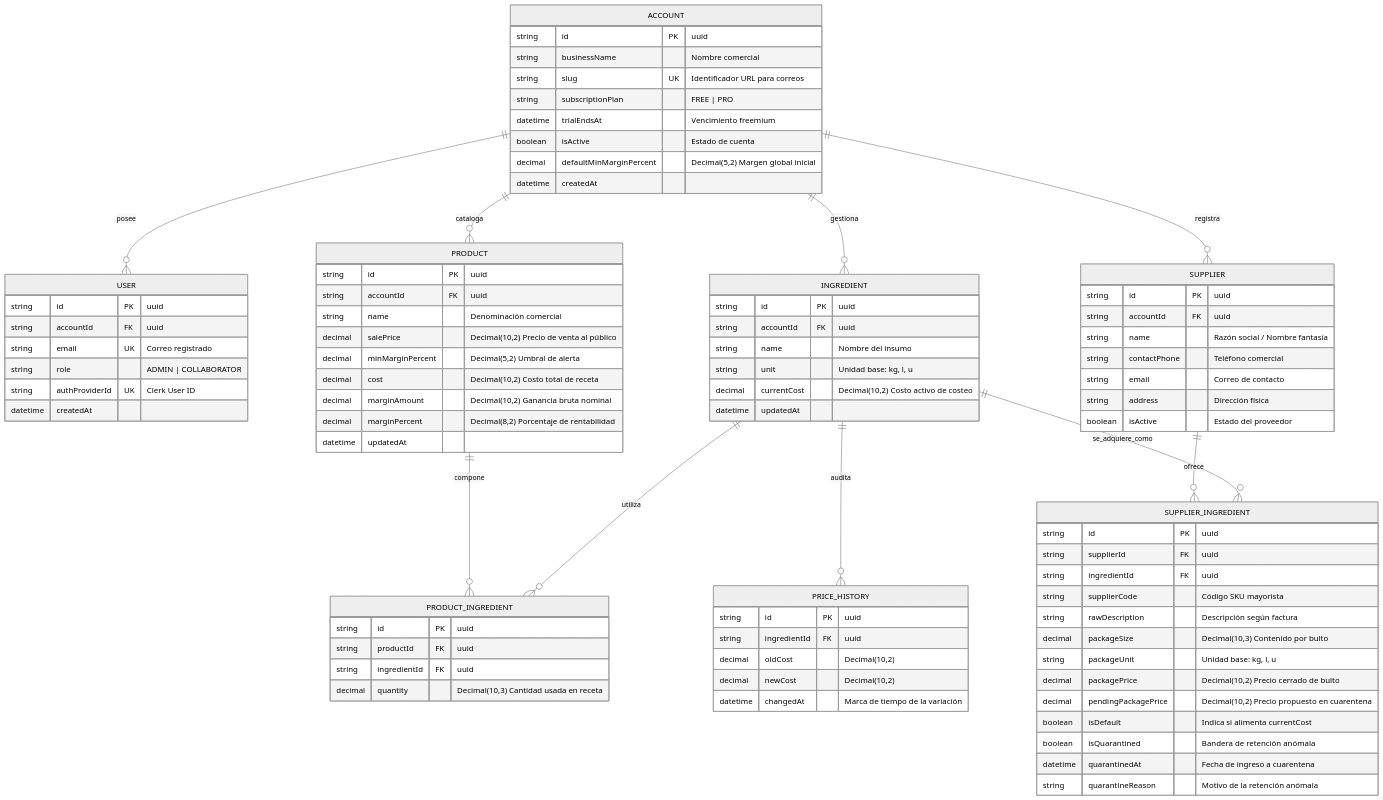
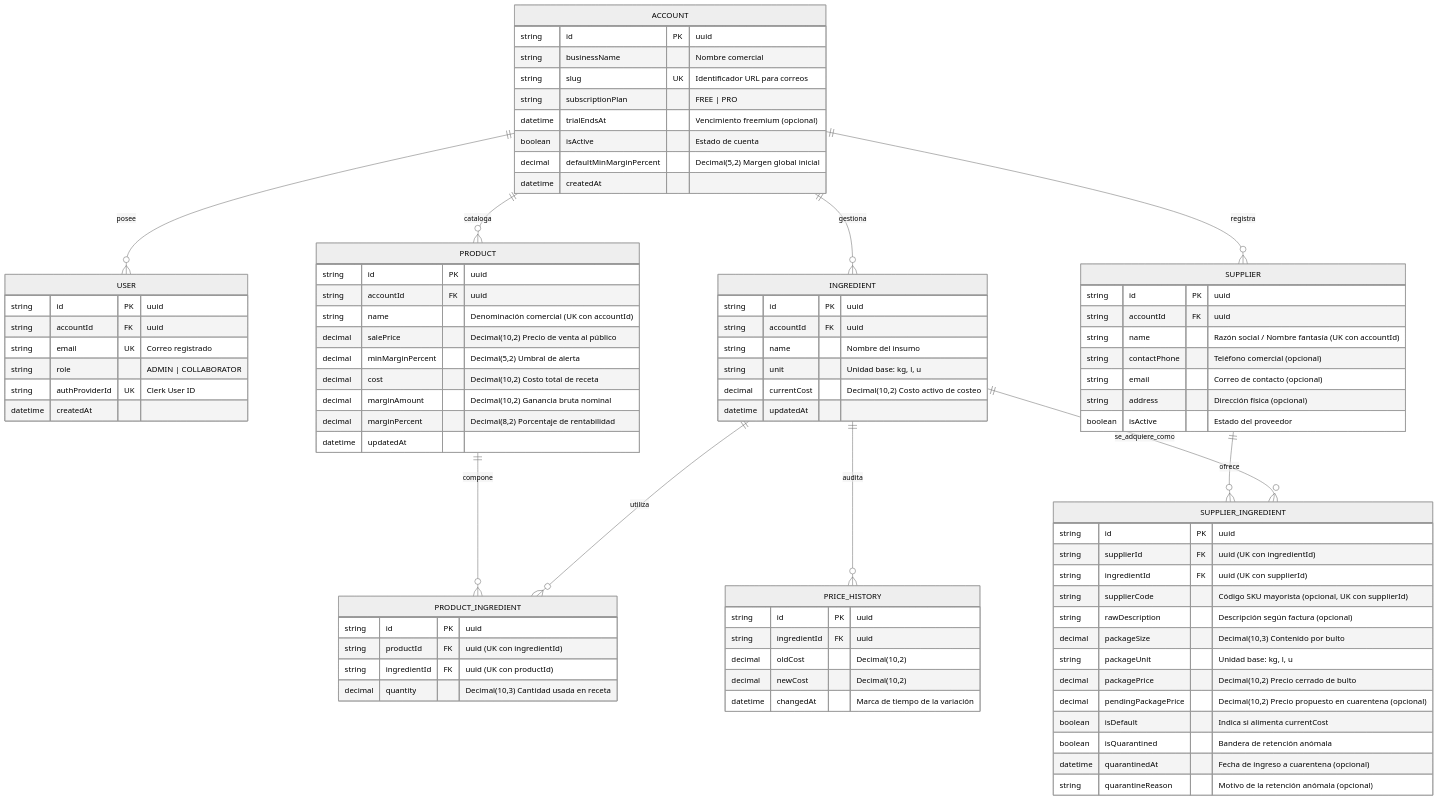
One commit to dgimenezdeveloper/margenx changed the first of 3 diagrams in docs/Arquitectura-Software-(SAD).md. Above: the diagram before and after it, drawn with Mermaid (neutral theme). The commit also changed other lines of this file and 1 other file, not shown here.

Commit message:
docs(arquitectura): alinear ER y modelos del SAD y Metodologías con schema.prisma (#181)

````diff
--- a/docs/Arquitectura-Software-(SAD).md
+++ b/docs/Arquitectura-Software-(SAD).md
@@ -137,7 +137,7 @@
         string businessName "Nombre comercial"
         string slug UK "Identificador URL para correos"
         string subscriptionPlan "FREE | PRO"
-        datetime trialEndsAt "Vencimiento freemium"
+        datetime trialEndsAt "Vencimiento freemium (opcional)"
         boolean isActive "Estado de cuenta"
         decimal defaultMinMarginPercent "Decimal(5,2) Margen global inicial"
         datetime createdAt
@@ -164,27 +164,27 @@
     SUPPLIER {
         string id PK "uuid"
         string accountId FK "uuid"
-        string name "Razón social / Nombre fantasía"
-        string contactPhone "Teléfono comercial"
-        string email "Correo de contacto"
-        string address "Dirección física"
+        string name "Razón social / Nombre fantasía (UK con accountId)"
+        string contactPhone "Teléfono comercial (opcional)"
+        string email "Correo de contacto (opcional)"
+        string address "Dirección física (opcional)"
         boolean isActive "Estado del proveedor"
     }
 
     SUPPLIER_INGREDIENT {
         string id PK "uuid"
-        string supplierId FK "uuid"
-        string ingredientId FK "uuid"
-        string supplierCode "Código SKU mayorista"
-        string rawDescription "Descripción según factura"
+        string supplierId FK "uuid (UK con ingredientId)"
+        string ingredientId FK "uuid (UK con supplierId)"
+        string supplierCode "Código SKU mayorista (opcional, UK con supplierId)"
+        string rawDescription "Descripción según factura (opcional)"
         decimal packageSize "Decimal(10,3) Contenido por bulto"
         string packageUnit "Unidad base: kg, l, u"
         decimal packagePrice "Decimal(10,2) Precio cerrado de bulto"
-        decimal pendingPackagePrice "Decimal(10,2) Precio propuesto en cuarentena"
+        decimal pendingPackagePrice "Decimal(10,2) Precio propuesto en cuarentena (opcional)"
         boolean isDefault "Indica si alimenta currentCost"
         boolean isQuarantined "Bandera de retención anómala"
-        datetime quarantinedAt "Fecha de ingreso a cuarentena"
-        string quarantineReason "Motivo de la retención anómala"
+        datetime quarantinedAt "Fecha de ingreso a cuarentena (opcional)"
+        string quarantineReason "Motivo de la retención anómala (opcional)"
     }
 
     PRICE_HISTORY {
@@ -198,7 +198,7 @@
     PRODUCT {
         string id PK "uuid"
         string accountId FK "uuid"
-        string name "Denominación comercial"
+        string name "Denominación comercial (UK con accountId)"
         decimal salePrice "Decimal(10,2) Precio de venta al público"
         decimal minMarginPercent "Decimal(5,2) Umbral de alerta"
         decimal cost "Decimal(10,2) Costo total de receta"
@@ -209,8 +209,8 @@
 
     PRODUCT_INGREDIENT {
         string id PK "uuid"
-        string productId FK "uuid"
-        string ingredientId FK "uuid"
+        string productId FK "uuid (UK con ingredientId)"
+        string ingredientId FK "uuid (UK con productId)"
         decimal quantity "Decimal(10,3) Cantidad usada en receta"
     }
 ```
````
